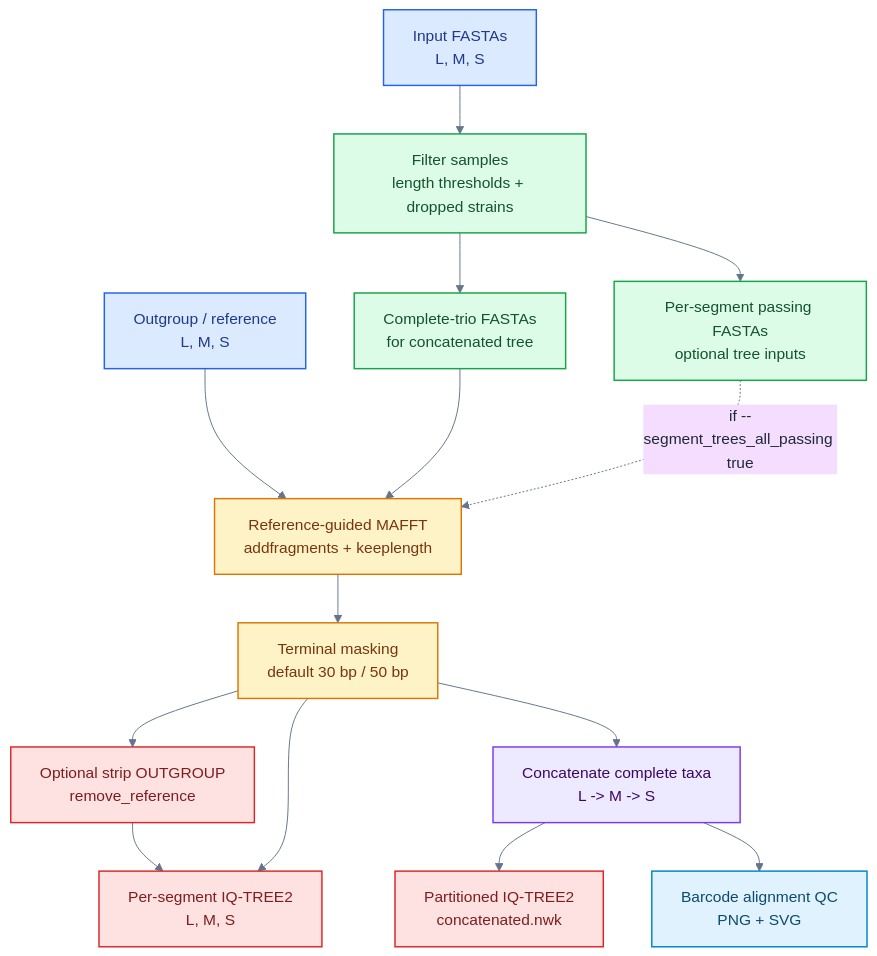
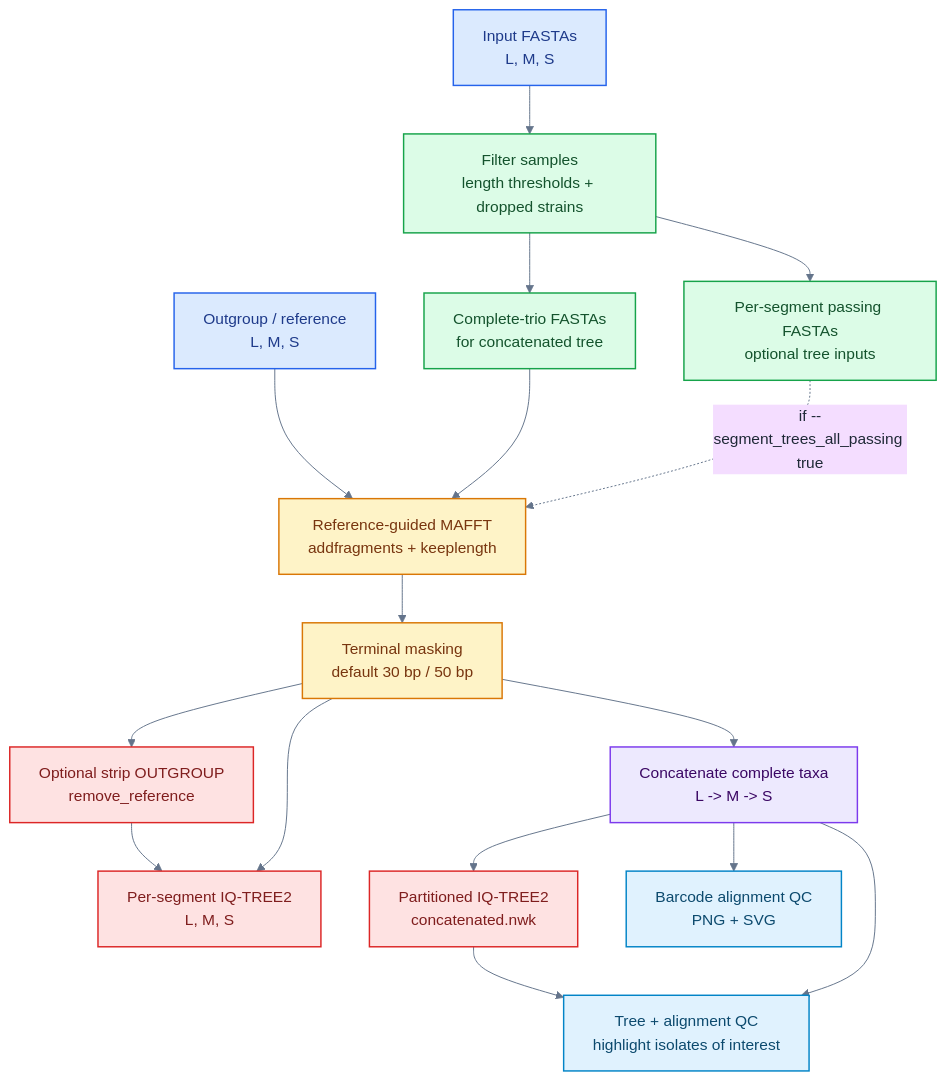
The diagram in README.md (JamesZlosnik/SegPhylo), drawn with Mermaid before and after one commit. The commit also changed other lines of this file and 6 other files, not shown here.

Commit message:
Output alignment with tree and highlight samples.  Update docs

````diff
--- a/README.md
+++ b/README.md
@@ -9,37 +9,40 @@
 ```mermaid
 %%{init: {"theme": "base", "themeVariables": {"fontFamily": "Inter, ui-sans-serif, system-ui, -apple-system, BlinkMacSystemFont, Segoe UI, sans-serif", "primaryTextColor": "#1f2937", "lineColor": "#64748b"}}}%%
 flowchart TD
     A["Input FASTAs<br/>L, M, S"]:::input
     B["Outgroup / reference<br/>L, M, S"]:::input
     C["Filter samples<br/>length thresholds + dropped strains"]:::filter
     D1["Complete-trio FASTAs<br/>for concatenated tree"]:::filter
     D2["Per-segment passing FASTAs<br/>optional tree inputs"]:::filter
     E["Reference-guided MAFFT<br/>addfragments + keeplength"]:::align
     F["Terminal masking<br/>default 30 bp / 50 bp"]:::align
     G["Optional strip OUTGROUP<br/>remove_reference"]:::tree
     H["Per-segment IQ-TREE2<br/>L, M, S"]:::tree
     I["Concatenate complete taxa<br/>L -> M -> S"]:::concat
     J["Partitioned IQ-TREE2<br/>concatenated.nwk"]:::tree
     K["Barcode alignment QC<br/>PNG + SVG"]:::viz
+    L["Tree + alignment QC<br/>highlight isolates of interest"]:::viz
 
     A --> C
     B --> E
     C --> D1
     C --> D2
     D1 --> E
     D2 -. "if --segment_trees_all_passing true" .-> E
     E --> F
     F --> G
     F --> I
     G --> H
     F --> H
     I --> J
     I --> K
+    J --> L
+    I --> L
 
     classDef input fill:#dbeafe,stroke:#2563eb,stroke-width:1.5px,color:#1e3a8a;
     classDef filter fill:#dcfce7,stroke:#16a34a,stroke-width:1.5px,color:#14532d;
     classDef align fill:#fef3c7,stroke:#d97706,stroke-width:1.5px,color:#78350f;
     classDef concat fill:#ede9fe,stroke:#7c3aed,stroke-width:1.5px,color:#3b0764;
     classDef tree fill:#fee2e2,stroke:#dc2626,stroke-width:1.5px,color:#7f1d1d;
     classDef viz fill:#e0f2fe,stroke:#0284c7,stroke-width:1.5px,color:#0c4a6e;
 ```
````
